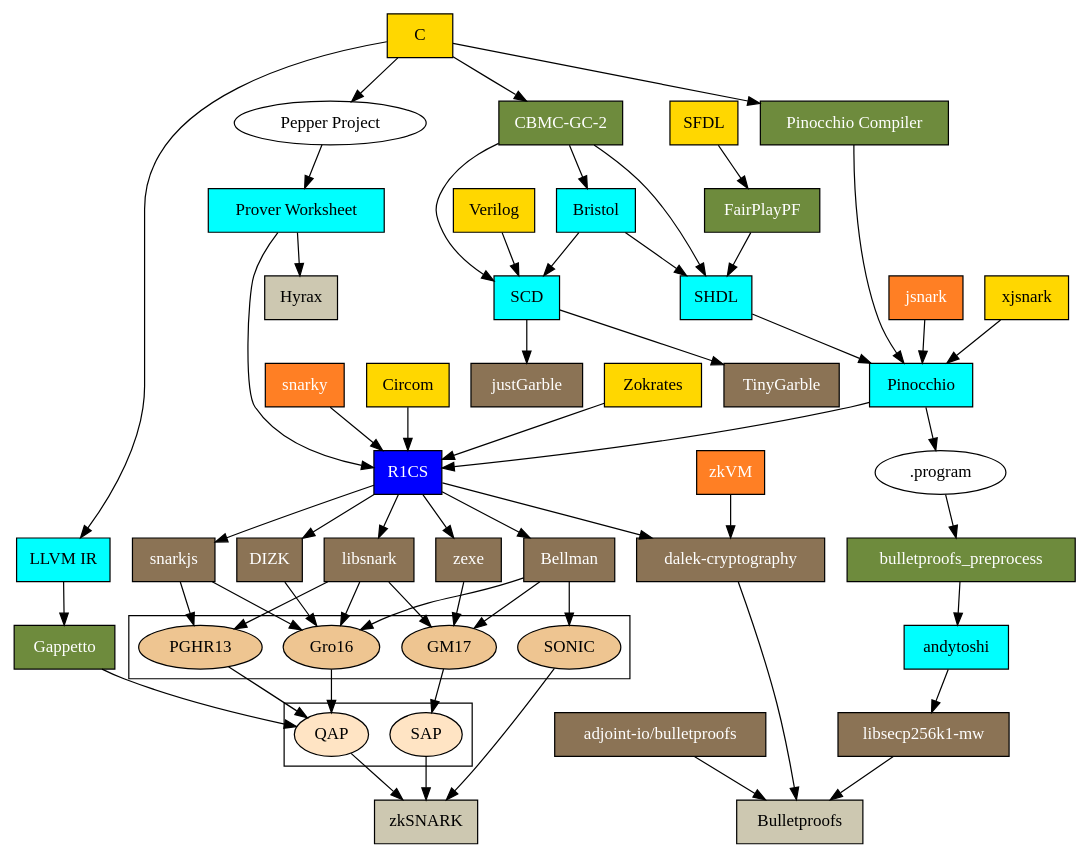
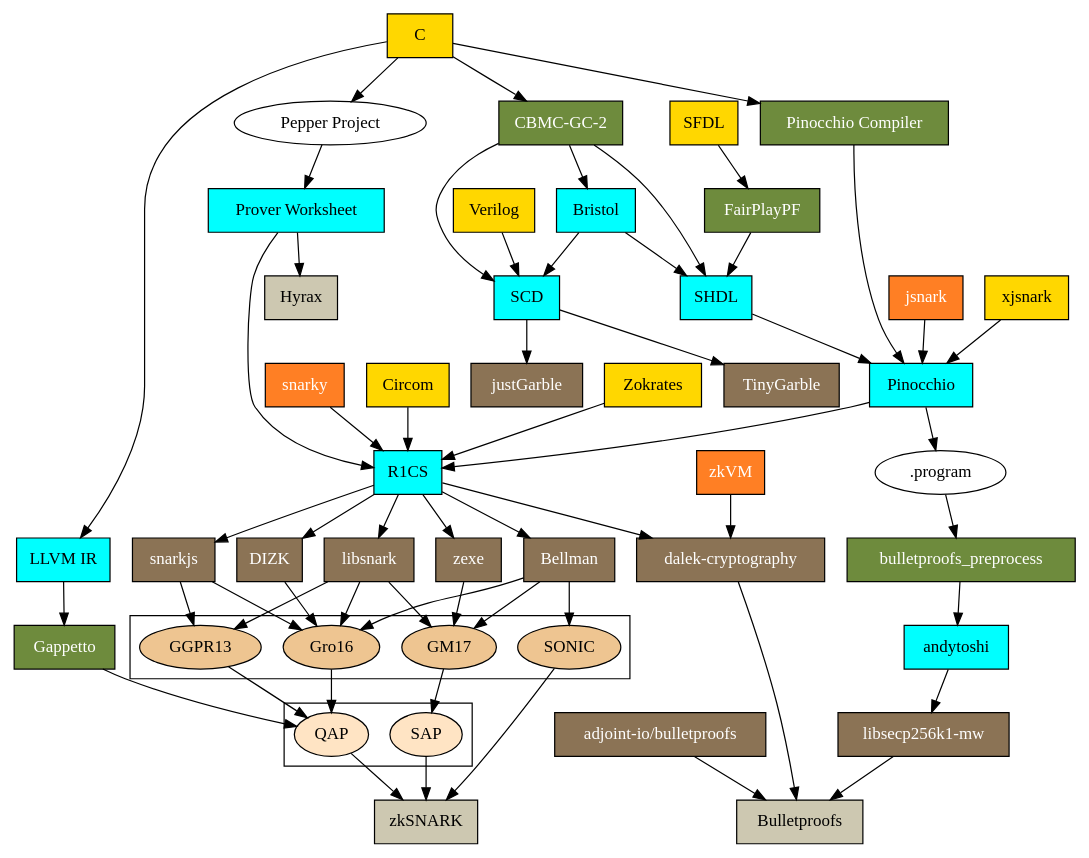
Before and after one commit to HarryR/zklangs: the diagram in hll-graph.dot, drawn with Graphviz. The commit also changed 6 other files, not shown here.

```diff
--- a/hll-graph.dot
+++ b/hll-graph.dot
@@ -8,7 +8,7 @@
     # -----------------------
     # Haskell libraries
         # https://github.com/adjoint-io/bulletproofs/
-        "adjoint-io/bulletproofs" [shape=box, fillcolor=burlywood4, style=filled, fontcolor=white];
+        "adjoint-io/bulletproofs" [shape=box, fillcolor=burlywood4, style=filled, fontcolor=white, href="./#adjoint-iobulletproofs", target="_top"];
         "adjoint-io/bulletproofs" -> "Bulletproofs";
     
     # ----------------------
@@ -28,7 +28,7 @@
     # ----------------------
     # Compilers
         # https://gitlab.com/securityengineering/CBMC-GC-2
-        "CBMC-GC-2" [shape=box, fillcolor=darkolivegreen4, style=filled, fontcolor=white];
+        "CBMC-GC-2" [shape=box, fillcolor=darkolivegreen4, style=filled, fontcolor=white, href="./#cbmc-gc-2", target="_top"];
         "C" -> "CBMC-GC-2";
         "CBMC-GC-2" -> "Bristol";
         "CBMC-GC-2" -> "SHDL";
@@ -95,12 +95,12 @@
     # ------------------
     # Underlying technologies
         # https://eprint.iacr.org/2017/1066.pdf
-        "Bulletproofs" [shape=box, fillcolor=cornsilk3, style=filled];
+        "Bulletproofs" [shape=box, fillcolor=cornsilk3, style=filled, href="./#bulletproofs", target="_top"];
 
         "zkSNARK" [shape=box, fillcolor=cornsilk3, style=filled];
 
         # https://github.com/hyraxZK/hyraxZK
-        "Hyrax" [shape=box, fillcolor=cornsilk3, style=filled];
+        "Hyrax" [shape=box, fillcolor=cornsilk3, style=filled, href="./#hyrax", target="_top"];
     
     # ------------------
     # High-level languages
@@ -140,7 +140,7 @@
         "Pinocchio" [shape=box, fillcolor=cyan, style=filled, href="./#pinocchio", target="_top"];
         
         "Prover Worksheet" [shape=box, fillcolor=cyan, style=filled, href="./#prover-worksheet", target="_top"];
-        "R1CS" [shape=box, fillcolor=blue, style=filled, fontcolor=white];
+        "R1CS" [shape=box, fillcolor=cyan, style=filled];
         
         # https://homes.esat.kuleuven.be/~nsmart/MPC/
         "Bristol" [shape=box, fillcolor=cyan, style=filled, href="./#bristol", target="_top"];
@@ -160,16 +160,16 @@
     # zkSNARK algorithms / papers
     subgraph cluster_6 {
         # https://eprint.iacr.org/2016/260.pdf
-        "Gro16" [fillcolor=burlywood2, style=filled];
+        "Gro16" [fillcolor=burlywood2, style=filled, href="./#gro16", target="_top"];
         
         # https://github.com/zknuckles/sonic
-        "SONIC" [fillcolor=burlywood2, style=filled];
+        "SONIC" [fillcolor=burlywood2, style=filled, href="./#sonic", target="_top"];
     
         # https://eprint.iacr.org/2013/279.pdf
-        "PGHR13" [fillcolor=burlywood2, style=filled];
+        "GGPR13" [fillcolor=burlywood2, style=filled, href="./#ggpr13", target="_top"];
     
         # https://eprint.iacr.org/2017/540.pdf
-        "GM17" [fillcolor=burlywood2, style=filled];
+        "GM17" [fillcolor=burlywood2, style=filled, href="./#gro16", target="_top"];
     }
     
     subgraph cluster_7 {
@@ -188,15 +188,15 @@
     "zexe" -> "GM17";
     "libsnark" -> "GM17";
     "libsnark" -> "Gro16";
-    "libsnark" -> "PGHR13";
+    "libsnark" -> "GGPR13";
     "snarkjs" -> "Gro16";
-    "snarkjs" -> "PGHR13";
+    "snarkjs" -> "GGPR13";
     "Bellman" -> "SONIC";
     "SONIC" -> "zkSNARK";
     "Bellman" -> "Gro16";
     "Bellman" -> "GM17";
     
-    "PGHR13" -> "QAP";
+    "GGPR13" -> "QAP";
 
     "GM17" -> "SAP";
     "SAP" -> "zkSNARK";
```
